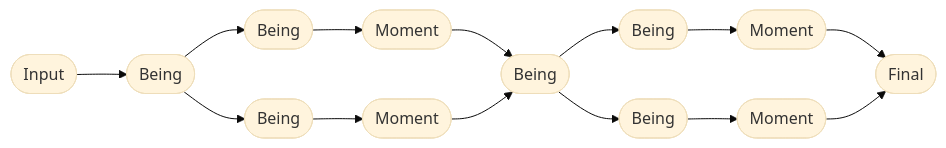
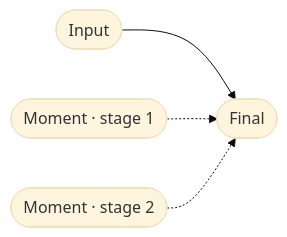
Before and after one commit to be-framework/be-demos: the seventh of 8 diagrams in README.md, drawn with Mermaid (base theme). The commit also changed other lines of this file and 1 other file, not shown here.

First line of the commit message:
README: align pattern diagrams with patterns.json (CodeRabbit review)

````diff
--- a/README.md
+++ b/README.md
@@ -134,8 +129,6 @@
 ```mermaid
 flowchart LR
-    I([Input]) --> S([Being])
-    S --> A1([Being]) --> AM1([Moment]) --> C([Being])
-    S --> A2([Being]) --> AM2([Moment]) --> C
-    C --> D1([Being]) --> DM1([Moment]) --> F([Final])
-    C --> D2([Being]) --> DM2([Moment]) --> F
+    I([Input]) --> F([Final])
+    M1([Moment · stage 1]) -.-> F
+    M2([Moment · stage 2]) -.-> F
 ```
````
